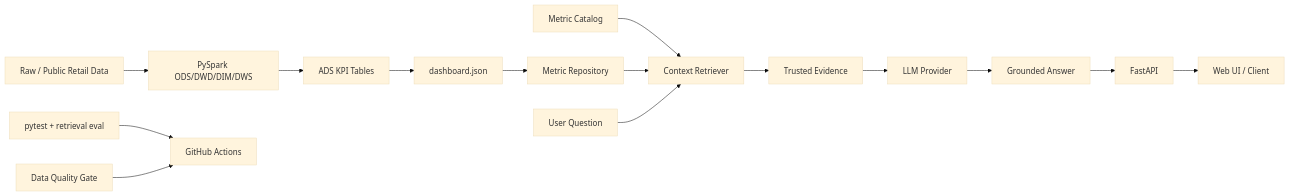
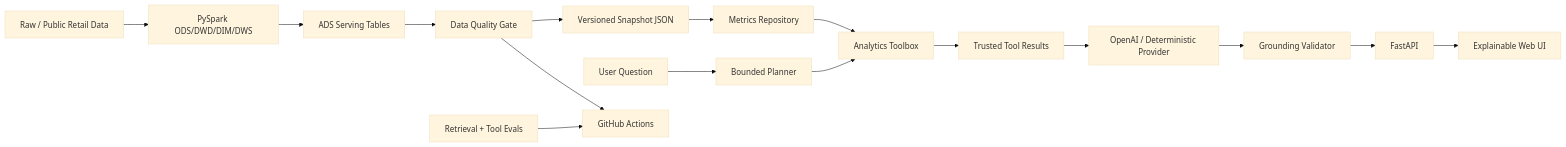
Before and after one commit to plutoczm/retailpulse-offline-lakehouse: the diagram in README.md, drawn with Mermaid (base theme). The commit also changed other lines of this file and 9 other files, not shown here.

Commit message:
expose analytics agent execution and architecture

````diff
--- a/README.md
+++ b/README.md
@@ -21,18 +34,20 @@
 ```mermaid
 flowchart LR
   A[Raw / Public Retail Data] --> B[PySpark ODS/DWD/DIM/DWS]
-  B --> C[ADS KPI Tables]
-  C --> D[dashboard.json]
-  D --> E[Metric Repository]
-  F[Metric Catalog] --> G[Context Retriever]
-  E --> G
-  Q[User Question] --> G
-  G --> H[Trusted Evidence]
-  H --> I[LLM Provider]
-  I --> J[Grounded Answer]
-  J --> K[FastAPI]
-  K --> L[Web UI / Client]
+  B --> C[ADS Serving Tables]
+  C --> Q[Data Quality Gate]
+  Q --> D[Versioned Snapshot JSON]
 
-  M[pytest + retrieval eval] --> N[GitHub Actions]
-  O[Data Quality Gate] --> N
+  U[User Question] --> P[Bounded Planner]
+  D --> R[Metrics Repository]
+  P --> T[Analytics Toolbox]
+  R --> T
+  T --> E[Trusted Tool Results]
+  E --> L[OpenAI / Deterministic Provider]
+  L --> G[Grounding Validator]
+  G --> API[FastAPI]
+  API --> UI[Explainable Web UI]
+
+  EV[Retrieval + Tool Evals] --> CI[GitHub Actions]
+  Q --> CI
 ```
````
